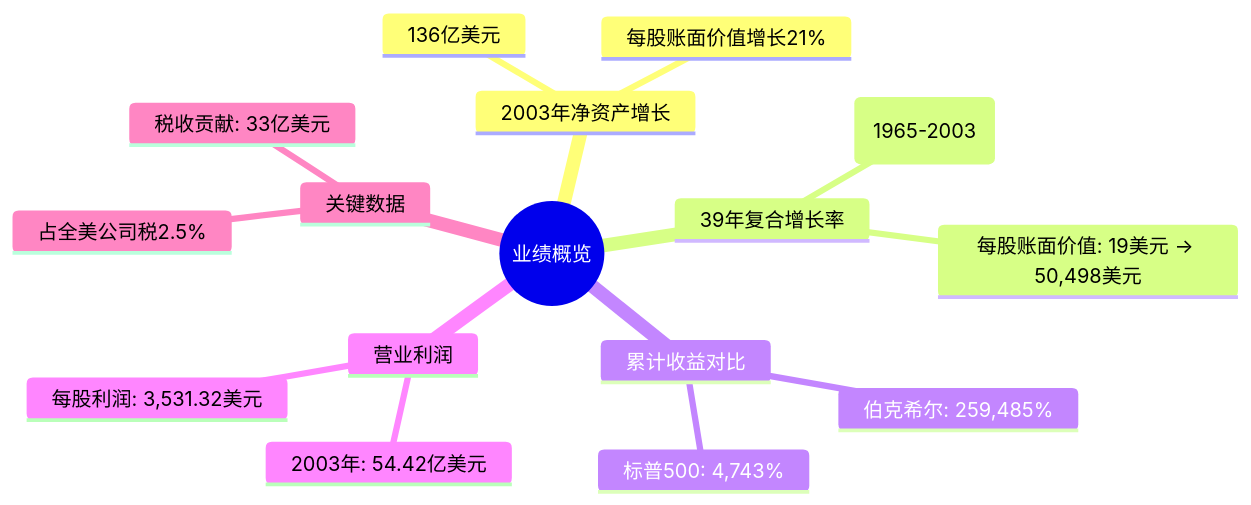
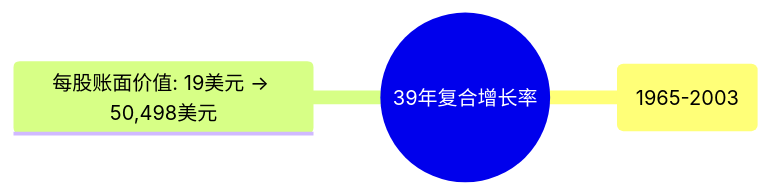
Before and after one commit to carllhm/buffett-knowledge-base: the third of 13 diagrams in docs/01_letters/2003年/思维导图.md, drawn with Mermaid. The commit also changed other lines of this file and 719 other files, not shown here.

Commit message:
思维导图重构：两级结构，总览+折叠子导图

````diff
--- a/docs/01_letters/2003年/思维导图.md
+++ b/docs/01_letters/2003年/思维导图.md
@@ -5,19 +72,6 @@
 ```mermaid
 mindmap
-  root((业绩概览))
-    2003年净资产增长
-      136亿美元
-      每股账面价值增长21%
-    39年复合增长率
-      22.2% (1965-2003)
-      每股账面价值: 19美元 → 50,498美元
-    累计收益对比
-      伯克希尔: 259,485%
-      标普500: 4,743%
-    营业利润
-      2003年: 54.42亿美元
-      每股利润: 3,531.32美元
-    关键数据
-      税收贡献: 33亿美元
-      占全美公司税2.5%
+  root((39年复合增长率))
+    22.2% (1965-2003)
+    每股账面价值: 19美元 → 50,498美元
 ```
````
